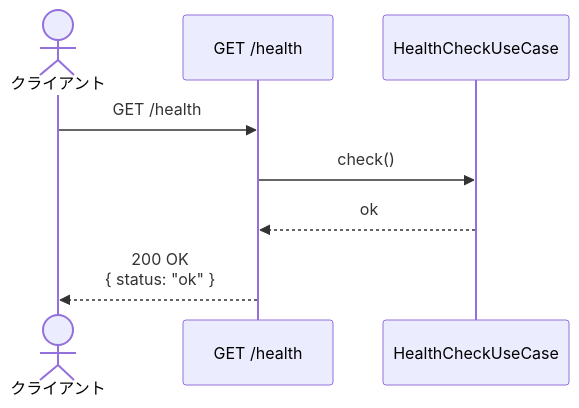
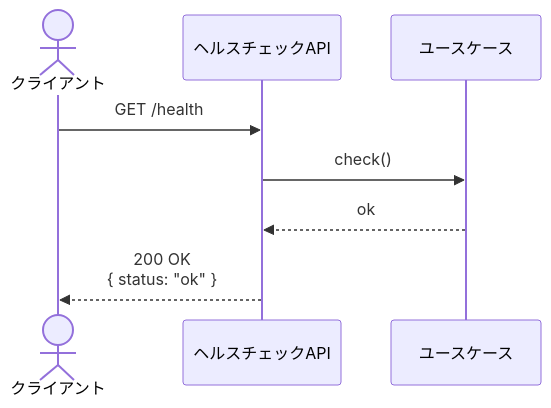
One commit to suunet/POC_HYDRA_AUTH changed the second of 2 diagrams in .docs/design/buc/BUC-S01.md. Above: the diagram before and after it, drawn with Mermaid. The commit also changed 15 other files, not shown here.

````diff
--- a/.docs/design/buc/BUC-S01.md
+++ b/.docs/design/buc/BUC-S01.md
@@ -65,10 +65,10 @@
 ```mermaid
 sequenceDiagram
-  actor クライアント as クライアント
-  participant ヘルスチェックAPI as GET /health
-  participant ユースケース as HealthCheckUseCase
-  クライアント->>ヘルスチェックAPI: GET /health
-  ヘルスチェックAPI->>ユースケース: check()
-  ユースケース-->>ヘルスチェックAPI: ok
-  ヘルスチェックAPI-->>クライアント: 200 OK<br/>{ status: "ok" }
+  actor Client as クライアント
+  participant HealthAPI as ヘルスチェックAPI
+  participant UseCase as ユースケース
+  Client->>HealthAPI: GET /health
+  HealthAPI->>UseCase: check()
+  UseCase-->>HealthAPI: ok
+  HealthAPI-->>Client: 200 OK<br/>{ status: "ok" }
 ```
````
